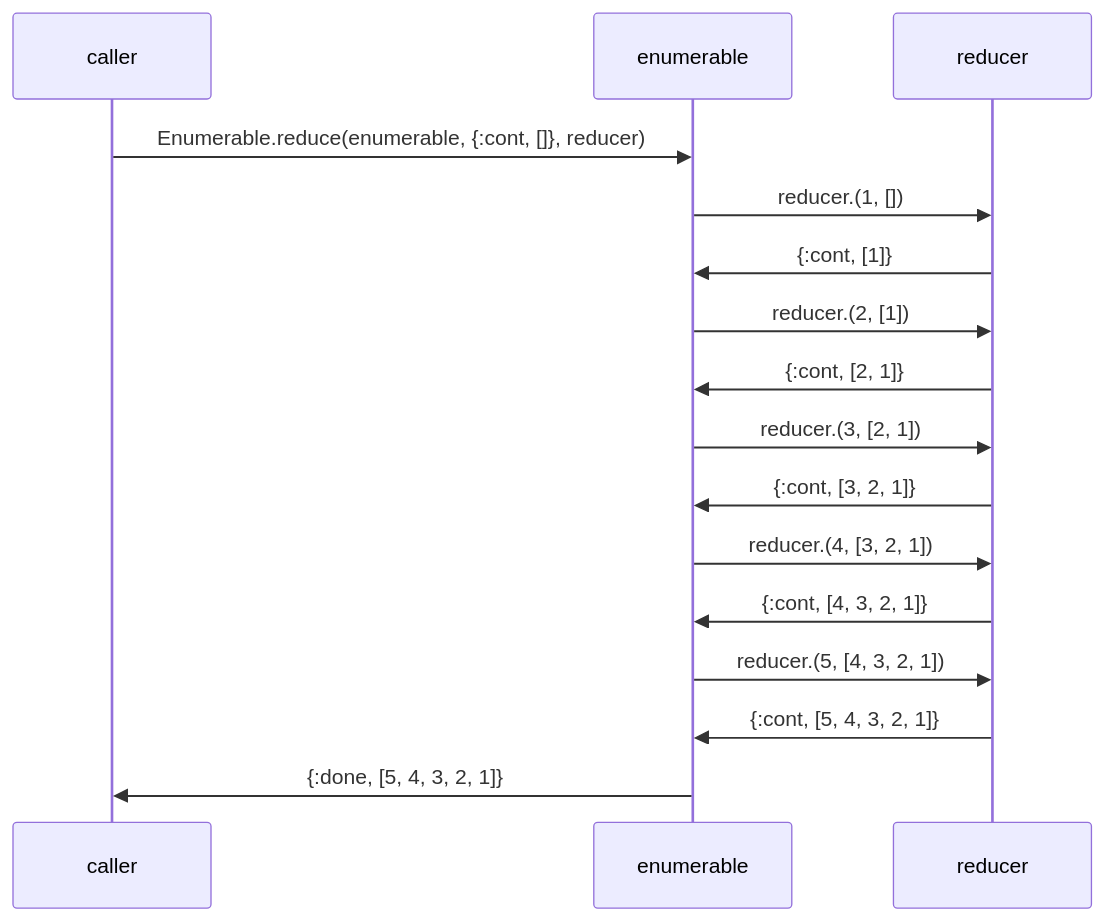
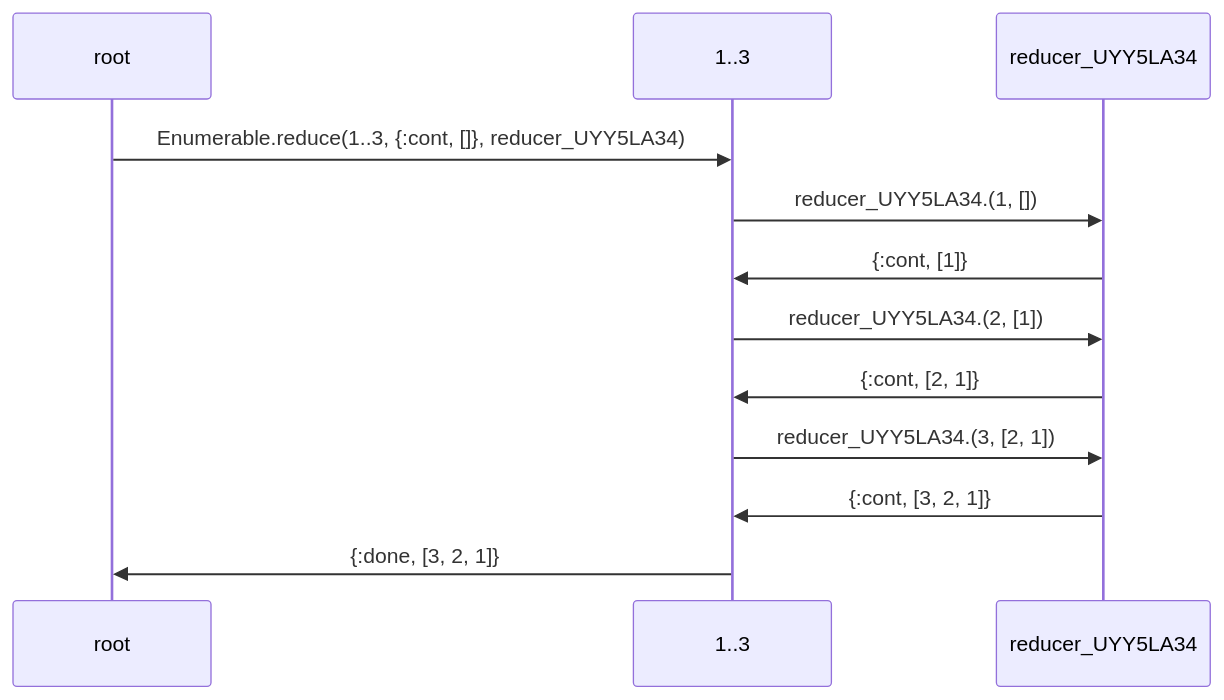
Before and after one commit to brettbeatty/elixir_enumerable_tracer: the first of 2 diagrams in README.md, drawn with Mermaid. The commit also changed other lines of this file and 1 other file, not shown here.

Commit message:
Support cross-enumerable traces

````diff
--- a/README.md
+++ b/README.md
@@ -27,15 +27,14 @@
 ```mermaid
 sequenceDiagram
- caller->>enumerable: Enumerable.reduce(enumerable, {:cont, []}, reducer)
- enumerable->>reducer: reducer.(1, [])
- reducer->>enumerable: {:cont, [1]}
- enumerable->>reducer: reducer.(2, [1])
- reducer->>enumerable: {:cont, [2, 1]}
- enumerable->>reducer: reducer.(3, [2, 1])
- reducer->>enumerable: {:cont, [3, 2, 1]}
- enumerable->>reducer: reducer.(4, [3, 2, 1])
- reducer->>enumerable: {:cont, [4, 3, 2, 1]}
- enumerable->>reducer: reducer.(5, [4, 3, 2, 1])
- reducer->>enumerable: {:cont, [5, 4, 3, 2, 1]}
- enumerable->>caller: {:done, [5, 4, 3, 2, 1]}
+  participant HBSRCQCE as root
+  participant G5HOGDJ5 as 1..3
+  participant UYY5LA34 as reducer_UYY5LA34
+  HBSRCQCE->>G5HOGDJ5: Enumerable.reduce(1..3, {:cont, []}, reducer_UYY5LA34)
+  G5HOGDJ5->>UYY5LA34: reducer_UYY5LA34.(1, [])
+  UYY5LA34->>G5HOGDJ5: {:cont, [1]}
+  G5HOGDJ5->>UYY5LA34: reducer_UYY5LA34.(2, [1])
+  UYY5LA34->>G5HOGDJ5: {:cont, [2, 1]}
+  G5HOGDJ5->>UYY5LA34: reducer_UYY5LA34.(3, [2, 1])
+  UYY5LA34->>G5HOGDJ5: {:cont, [3, 2, 1]}
+  G5HOGDJ5->>HBSRCQCE: {:done, [3, 2, 1]}
 ```
````
